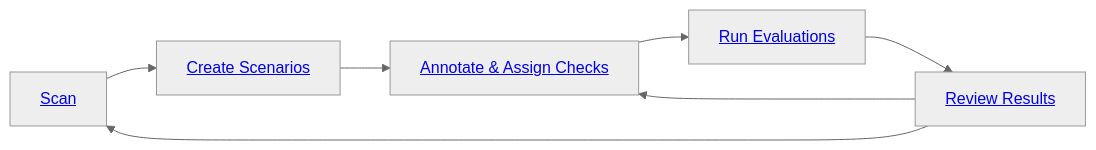
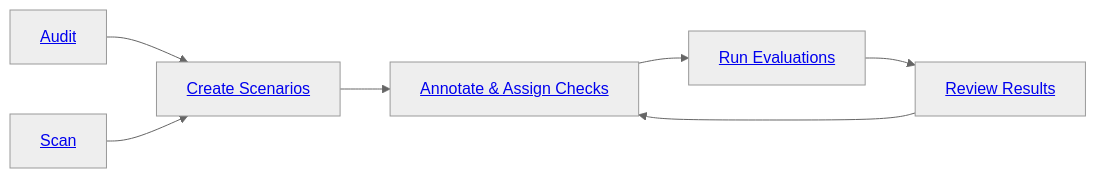
One commit to Giskard-AI/giskard-docs changed the diagram in src/content/docs/hub/ui/index.mdx. Above: the diagram before and after it, drawn with Mermaid (neutral theme). The commit also changed 3 other files, not shown here.

Commit message:
add audit flow diagram and scan vs audit tips

````diff
--- a/src/content/docs/hub/ui/index.mdx
+++ b/src/content/docs/hub/ui/index.mdx
@@ -68,9 +68,9 @@
 ```mermaid
 graph LR
-    B[<a href="/hub/ui/scan" target="_self">Scan</a>] -->  D[<a href="/hub/ui/datasets" target="_self">Create Scenarios</a>]
+    A[<a href="/hub/ui/autonomous-agent-audit" target="_self">Audit</a>] --> D[<a href="/hub/ui/datasets" target="_self">Create Scenarios</a>]
+    B[<a href="/hub/ui/scan" target="_self">Scan</a>] --> D
     D --> F[<a href="/hub/ui/annotate" target="_self">Annotate & Assign Checks</a>]
     F --> G[<a href="/hub/ui/evaluations" target="_self">Run Evaluations</a>]
     G --> H[<a href="/hub/ui/evaluations" target="_self">Review Results</a>]
     H --> F
-    H --> B
 ```
````
